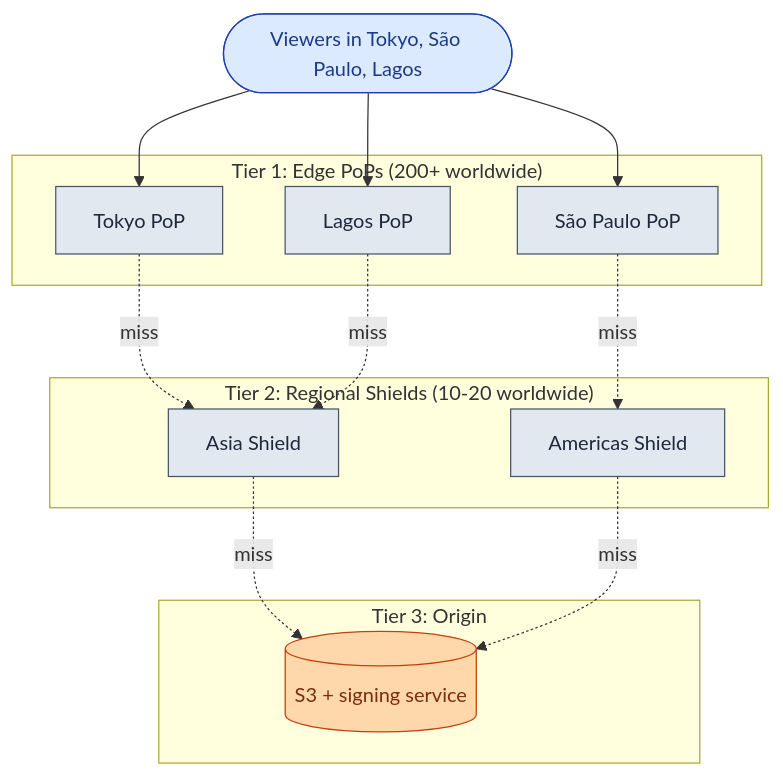
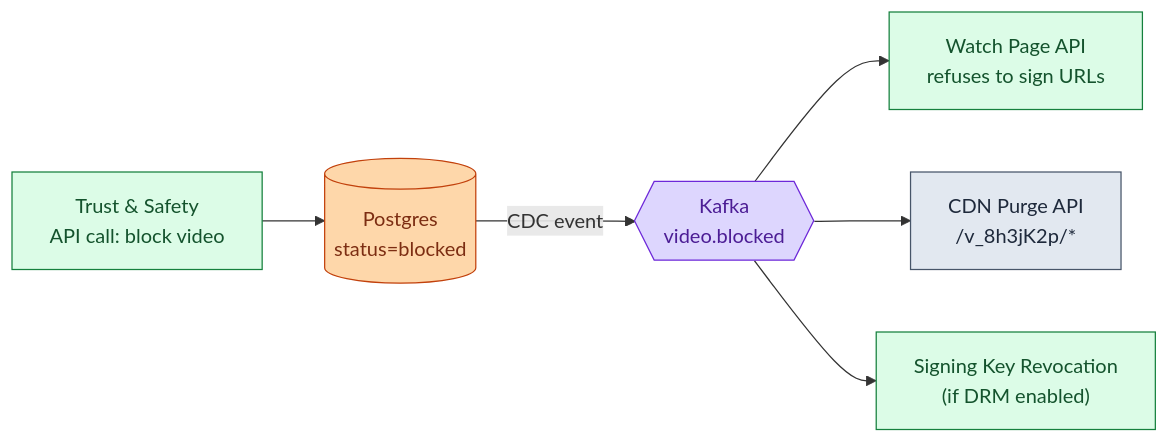
One commit to shiningflash/system-design changed diagram 11 of 11 in problems/006-video-streaming/question.md. Above: the diagram before and after it, drawn with Mermaid. The commit also changed other lines of this file and 37 other files, not shown here.

````diff
--- a/problems/006-video-streaming/question.md
+++ b/problems/006-video-streaming/question.md
@@ -492,32 +565,13 @@
 ```mermaid
-flowchart TB
-    V([Viewers in Tokyo, São Paulo, Lagos]):::user
+flowchart LR
+    TS["Trust & Safety<br/>API call: block video"]:::app --> DB[("Postgres<br/>status=blocked")]:::db
+    DB -->|CDC event| K{{"Kafka<br/>video.blocked"}}:::queue
+    K --> WA["Watch Page API<br/>refuses to sign URLs"]:::app
+    K --> CDN_API["CDN Purge API<br/>/v_8h3jK2p/*"]:::edge
+    K --> KeyRevoke["Signing Key Revocation<br/>(if DRM enabled)"]:::app
 
-    subgraph Tier1["Tier 1: Edge PoPs (200+ worldwide)"]
-        E1["Tokyo PoP"]:::edge
-        E2["São Paulo PoP"]:::edge
-        E3["Lagos PoP"]:::edge
-    end
-
-    subgraph Tier2["Tier 2: Regional Shields (10-20 worldwide)"]
-        SH1["Asia Shield"]:::edge
-        SH2["Americas Shield"]:::edge
-    end
-
-    subgraph Tier3["Tier 3: Origin"]
-        S3out[("S3 + signing service")]:::db
-    end
-
-    V --> E1
-    V --> E2
-    V --> E3
-    E1 -.miss.-> SH1
-    E2 -.miss.-> SH2
-    E3 -.miss.-> SH1
-    SH1 -.miss.-> S3out
-    SH2 -.miss.-> S3out
-
-    classDef user  fill:#dbeafe,stroke:#1e40af,color:#1e3a8a
+    classDef app   fill:#dcfce7,stroke:#15803d,color:#14532d
+    classDef db    fill:#fed7aa,stroke:#c2410c,color:#7c2d12
+    classDef queue fill:#ddd6fe,stroke:#6d28d9,color:#4c1d95
     classDef edge  fill:#e2e8f0,stroke:#475569,color:#1e293b
-    classDef db    fill:#fed7aa,stroke:#c2410c,color:#7c2d12
 ```
````
